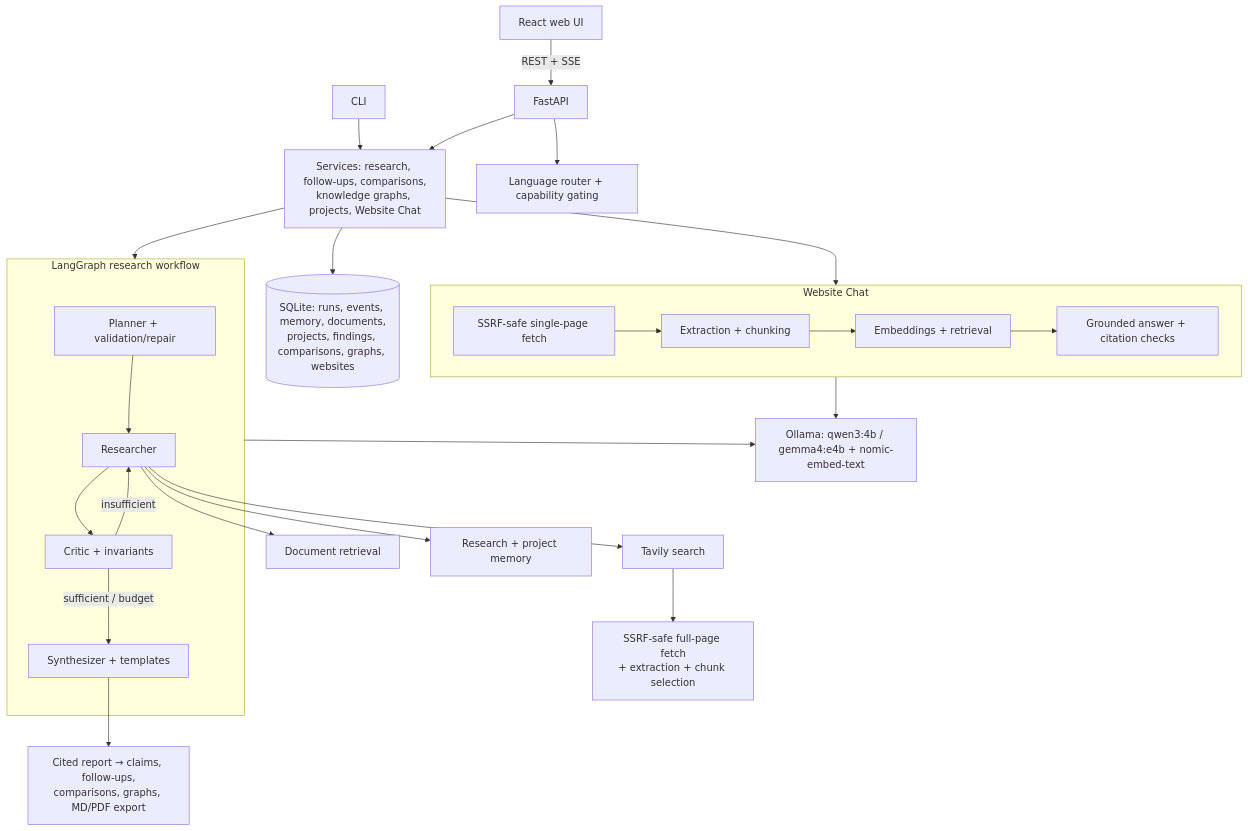
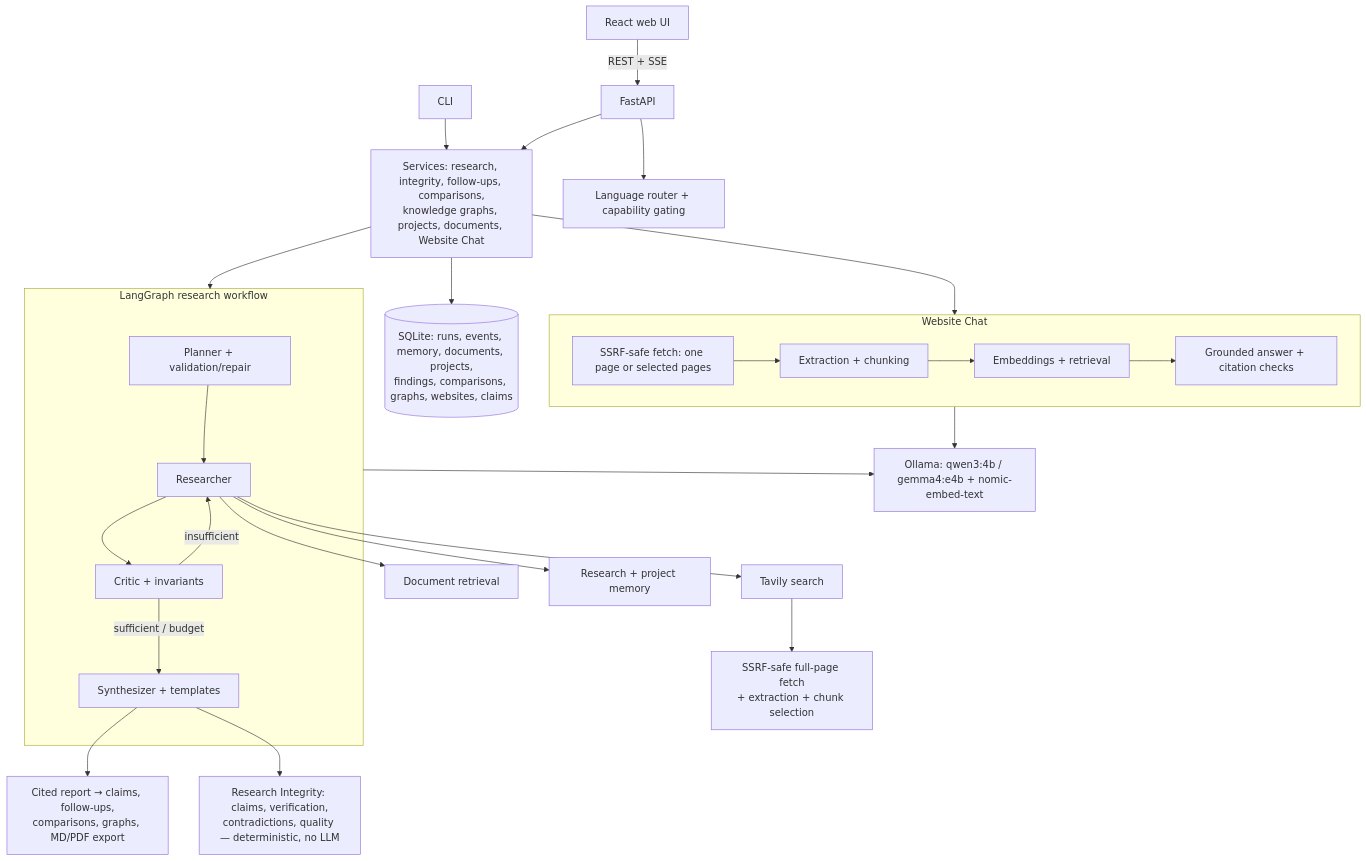
The diagram in README.md (TechieTojin/Atlas-AI), drawn with Mermaid before and after one commit. The commit also changed other lines of this file and 36 other files, not shown here.

Commit message:
feat: redesign Atlas and add research integrity

````diff
--- a/README.md
+++ b/README.md
@@ -85,31 +204,32 @@
 ```mermaid
 flowchart TD
     UI[React web UI] -->|REST + SSE| API[FastAPI]
     CLI[CLI] --> SVC
-    API --> SVC[Services: research, follow-ups, comparisons,<br/>knowledge graphs, projects, Website Chat]
+    API --> SVC[Services: research, integrity, follow-ups, comparisons,<br/>knowledge graphs, projects, documents, Website Chat]
     API --> LR[Language router + capability gating]
-    SVC --> DB[(SQLite: runs, events, memory, documents,<br/>projects, findings, comparisons, graphs, websites)]
+    SVC --> DB[(SQLite: runs, events, memory, documents, projects,<br/>findings, comparisons, graphs, websites, claims)]
     SVC --> G
     SVC --> WC
 
     subgraph G[LangGraph research workflow]
         P[Planner + validation/repair] --> R[Researcher]
         R --> C[Critic + invariants]
         C -->|insufficient| R
         C -->|sufficient / budget| S[Synthesizer + templates]
     end
 
     subgraph WC[Website Chat]
-        F[SSRF-safe single-page fetch] --> X[Extraction + chunking]
+        F[SSRF-safe fetch: one page or selected pages] --> X[Extraction + chunking]
         X --> E[Embeddings + retrieval]
         E --> A[Grounded answer + citation checks]
     end
 
     R --> W[Tavily search]
     W --> FP[SSRF-safe full-page fetch<br/>+ extraction + chunk selection]
     R --> RAG[Document retrieval]
     R --> M[Research + project memory]
     S --> REP[Cited report → claims, follow-ups,<br/>comparisons, graphs, MD/PDF export]
+    S --> INT[Research Integrity: claims, verification,<br/>contradictions, quality — deterministic, no LLM]
     G --> OL[Ollama: qwen3:4b / gemma4:e4b + nomic-embed-text]
     WC --> OL
 ```
````
